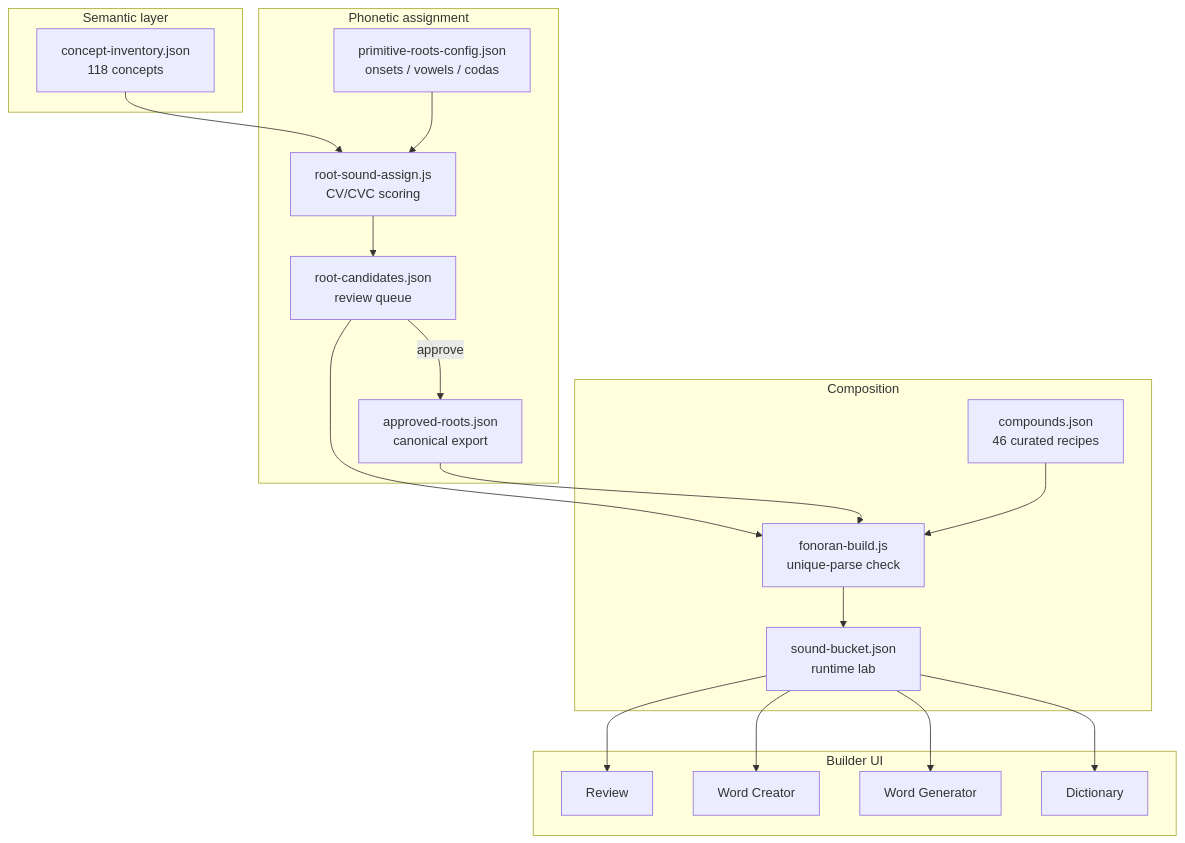
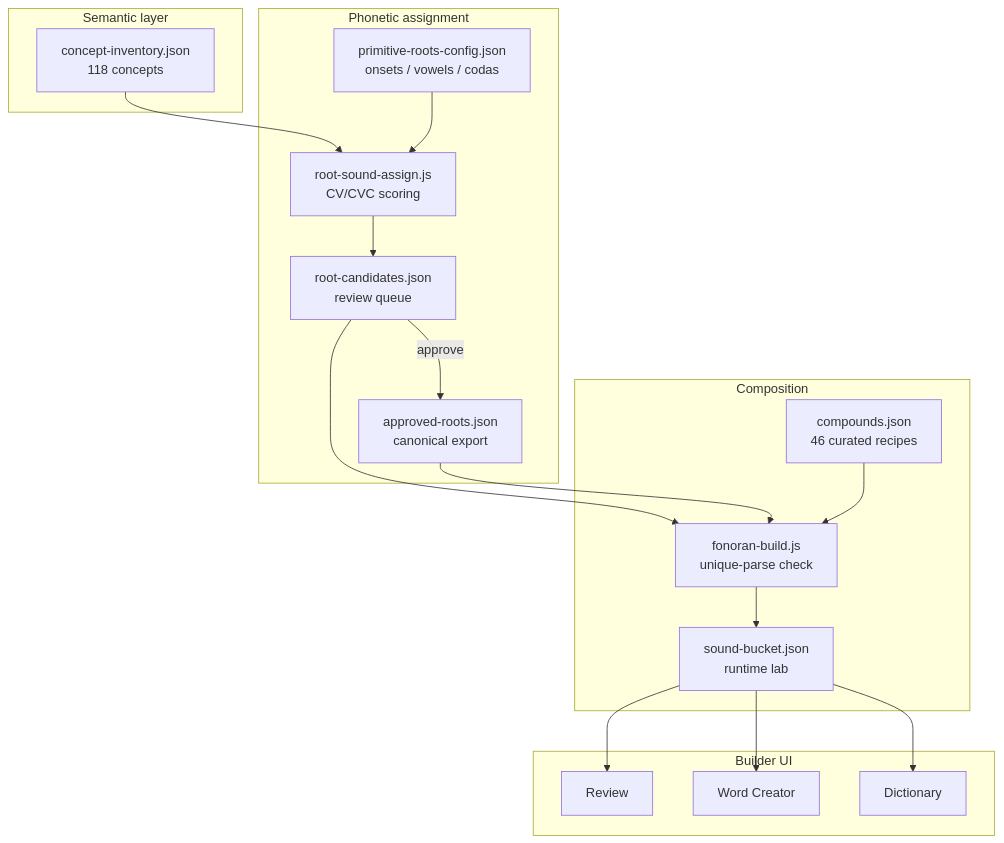
The diagram in docs/fonoran.md (jamesc137/fonora), drawn with Mermaid before and after one commit. The commit also changed other lines of this file and 28 other files, not shown here.

First line of the commit message:
Add addressee root for second-person you and retire the Word Generator

````diff
--- a/docs/fonoran.md
+++ b/docs/fonoran.md
@@ -9,39 +9,37 @@
 ```mermaid
 flowchart TD
   subgraph semantics [Semantic layer]
     Inventory["concept-inventory.json\n118 concepts"]
   end
 
   subgraph phonetics [Phonetic assignment]
     Config["primitive-roots-config.json\nonsets / vowels / codas"]
     Assign["root-sound-assign.js\nCV/CVC scoring"]
     Candidates["root-candidates.json\nreview queue"]
     Approved["approved-roots.json\ncanonical export"]
   end
 
   subgraph composition [Composition]
     CompoundsJson["compounds.json\n46 curated recipes"]
     Build["fonoran-build.js\nunique-parse check"]
     Lab["sound-bucket.json\nruntime lab"]
   end
 
   subgraph ui [Builder UI]
     Review["Review"]
     Creator["Word Creator"]
-    Generator["Word Generator"]
     Dict["Dictionary"]
   end
 
   Inventory --> Assign
   Config --> Assign
   Assign --> Candidates
   Candidates -->|"approve"| Approved
   Candidates --> Build
   Approved --> Build
   CompoundsJson --> Build
   Build --> Lab
   Lab --> Review
   Lab --> Creator
-  Lab --> Generator
   Lab --> Dict
 ```
````
